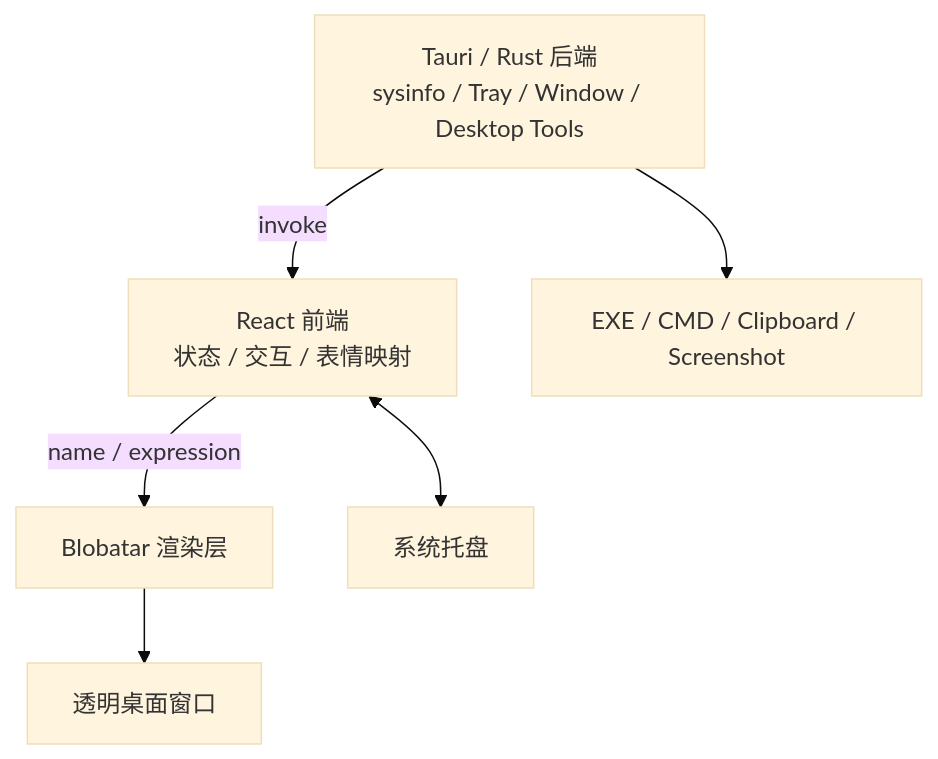
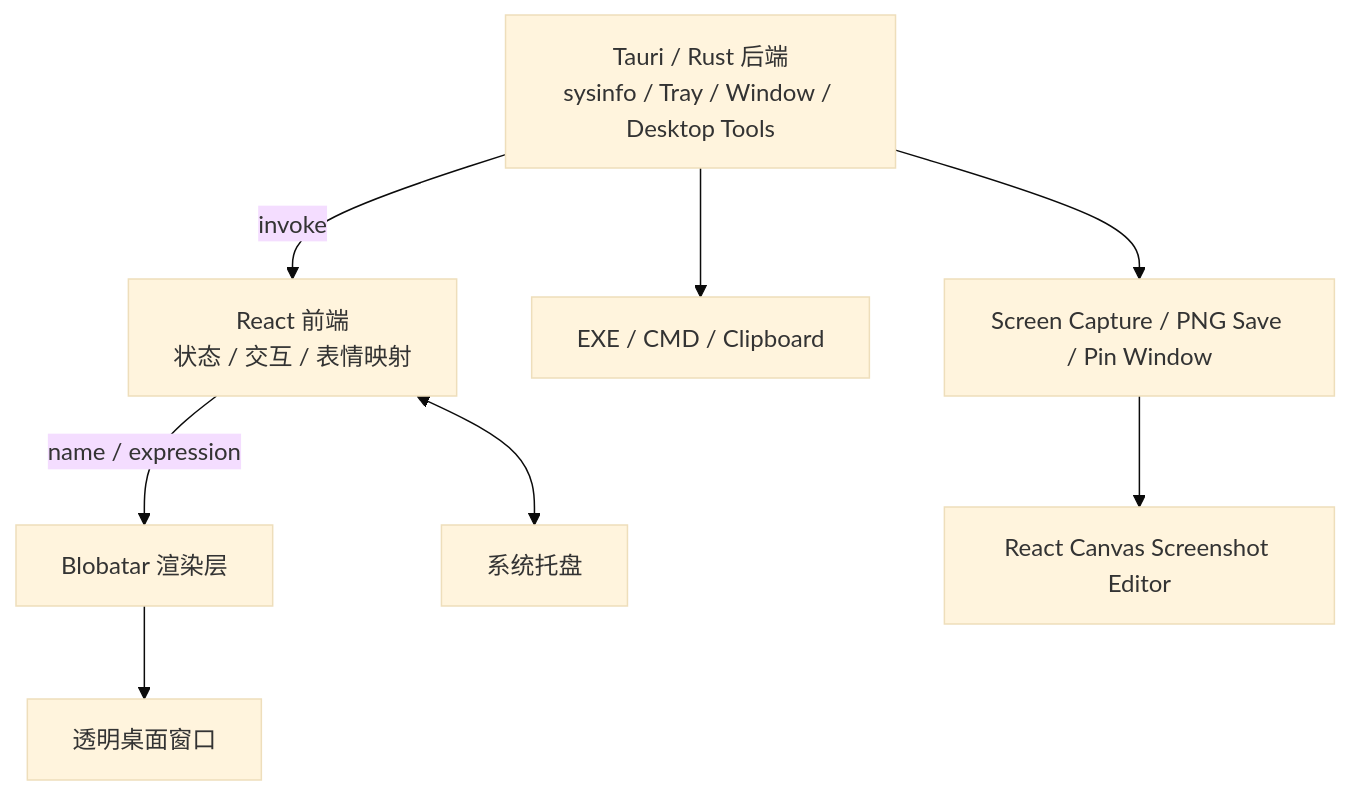
The diagram in README.md (qq824045252-ship-it/winpet-blobatar), drawn with Mermaid (base theme) before and after one commit. The commit also changed other lines of this file and 8 other files, not shown here.

First line of the commit message:
feat: add region screenshot editor and pinning

````diff
--- a/README.md
+++ b/README.md
@@ -103,8 +108,10 @@
 ```mermaid
 flowchart TD
   A[Tauri / Rust 后端<br/>sysinfo / Tray / Window / Desktop Tools] -- invoke --> B[React 前端<br/>状态 / 交互 / 表情映射]
   B -- name / expression --> C[Blobatar 渲染层]
   C --> D[透明桌面窗口]
   B <--> E[系统托盘]
-  A --> F[EXE / CMD / Clipboard / Screenshot]
+  A --> F[EXE / CMD / Clipboard]
+  A --> G[Screen Capture / PNG Save / Pin Window]
+  G --> H[React Canvas Screenshot Editor]
 ```
````
